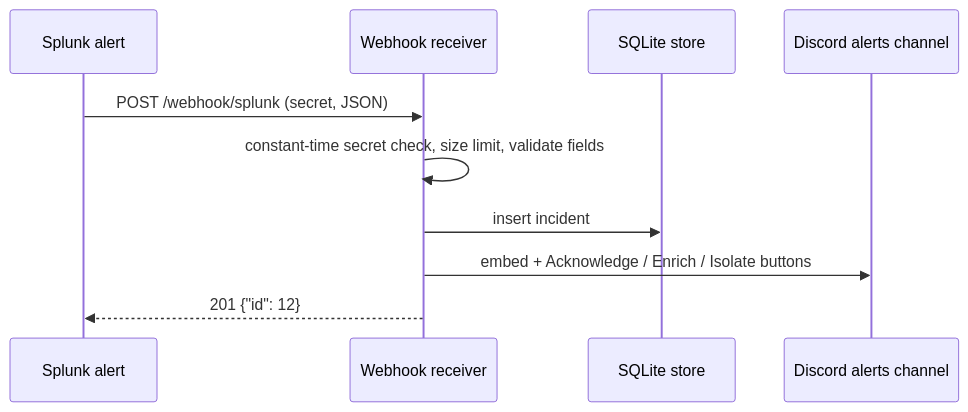
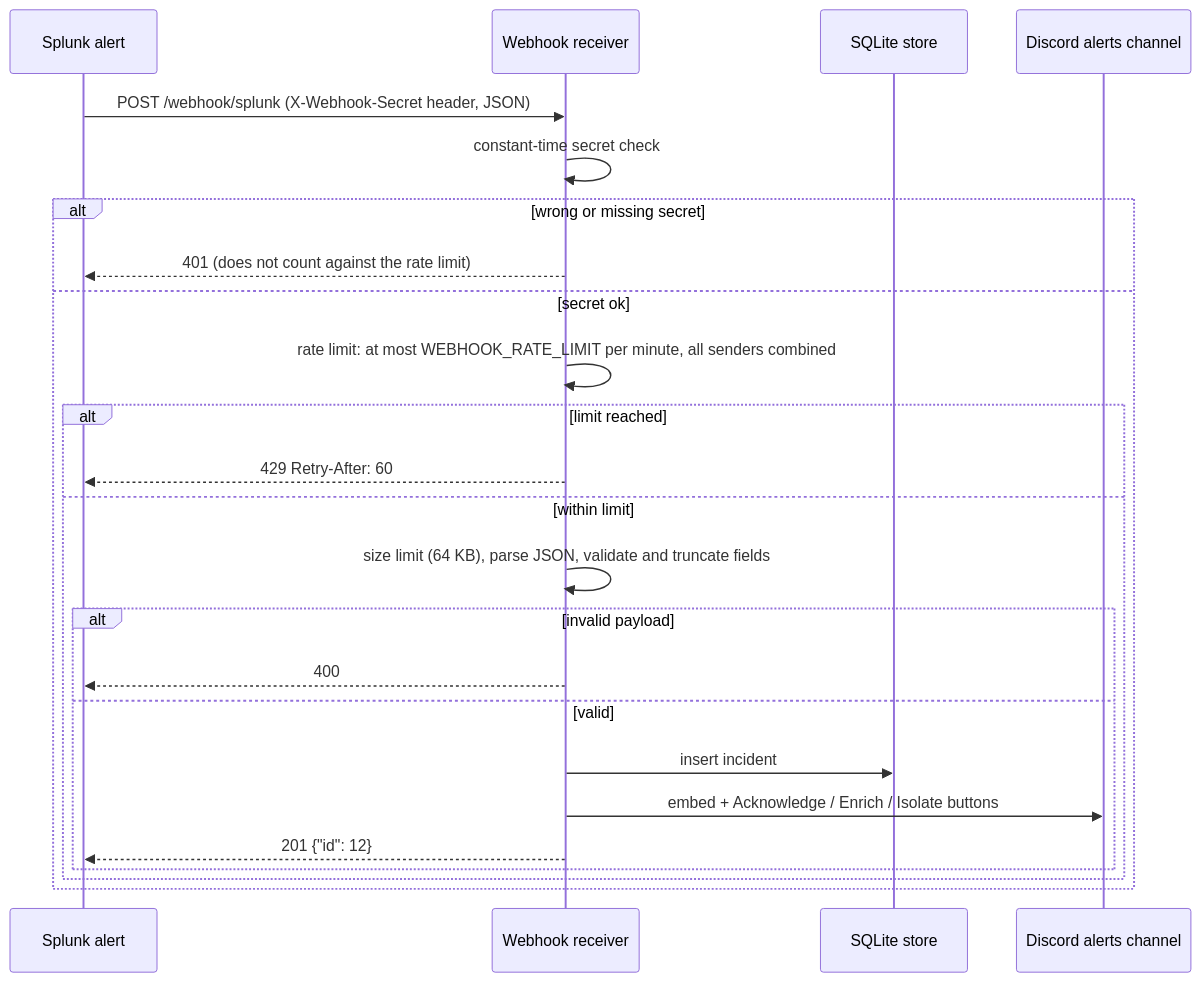
Before and after one commit to MustafaS14/SOC_Automation_Bot: the fourth of 4 diagrams in docs/flowchart.md, drawn with Mermaid. The commit also changed 17 other files, not shown here.

````diff
--- a/docs/flowchart.md
+++ b/docs/flowchart.md
@@ -107,13 +107,27 @@
 ```mermaid
 sequenceDiagram
     participant SP as Splunk alert
     participant W as Webhook receiver
     participant DB as SQLite store
     participant D as Discord alerts channel
 
-    SP->>W: POST /webhook/splunk (secret, JSON)
-    W->>W: constant-time secret check, size limit, validate fields
-    W->>DB: insert incident
-    W->>D: embed + Acknowledge / Enrich / Isolate buttons
-    W-->>SP: 201 {"id": 12}
+    SP->>W: POST /webhook/splunk (X-Webhook-Secret header, JSON)
+    W->>W: constant-time secret check
+    alt wrong or missing secret
+        W-->>SP: 401 (does not count against the rate limit)
+    else secret ok
+        W->>W: rate limit: at most WEBHOOK_RATE_LIMIT per minute, all senders combined
+        alt limit reached
+            W-->>SP: 429 Retry-After: 60
+        else within limit
+            W->>W: size limit (64 KB), parse JSON, validate and truncate fields
+            alt invalid payload
+                W-->>SP: 400
+            else valid
+                W->>DB: insert incident
+                W->>D: embed + Acknowledge / Enrich / Isolate buttons
+                W-->>SP: 201 {"id": 12}
+            end
+        end
+    end
 ```
````
